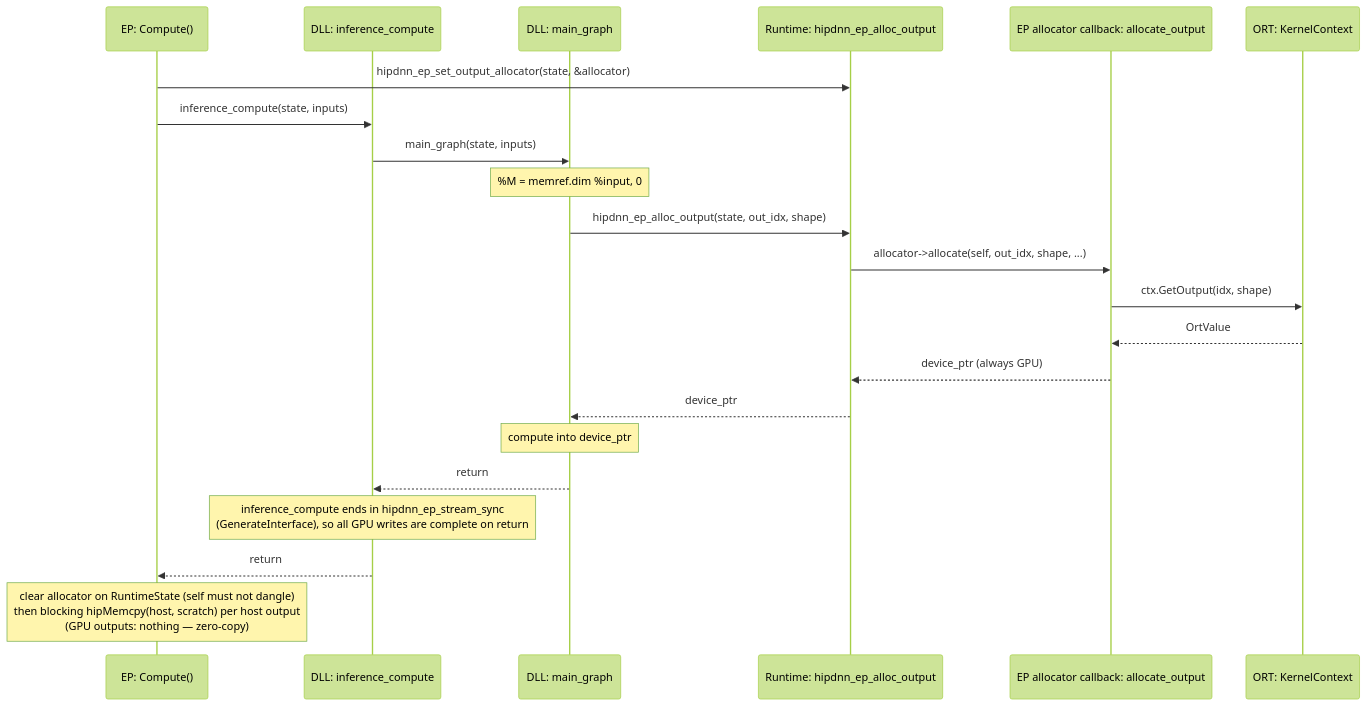
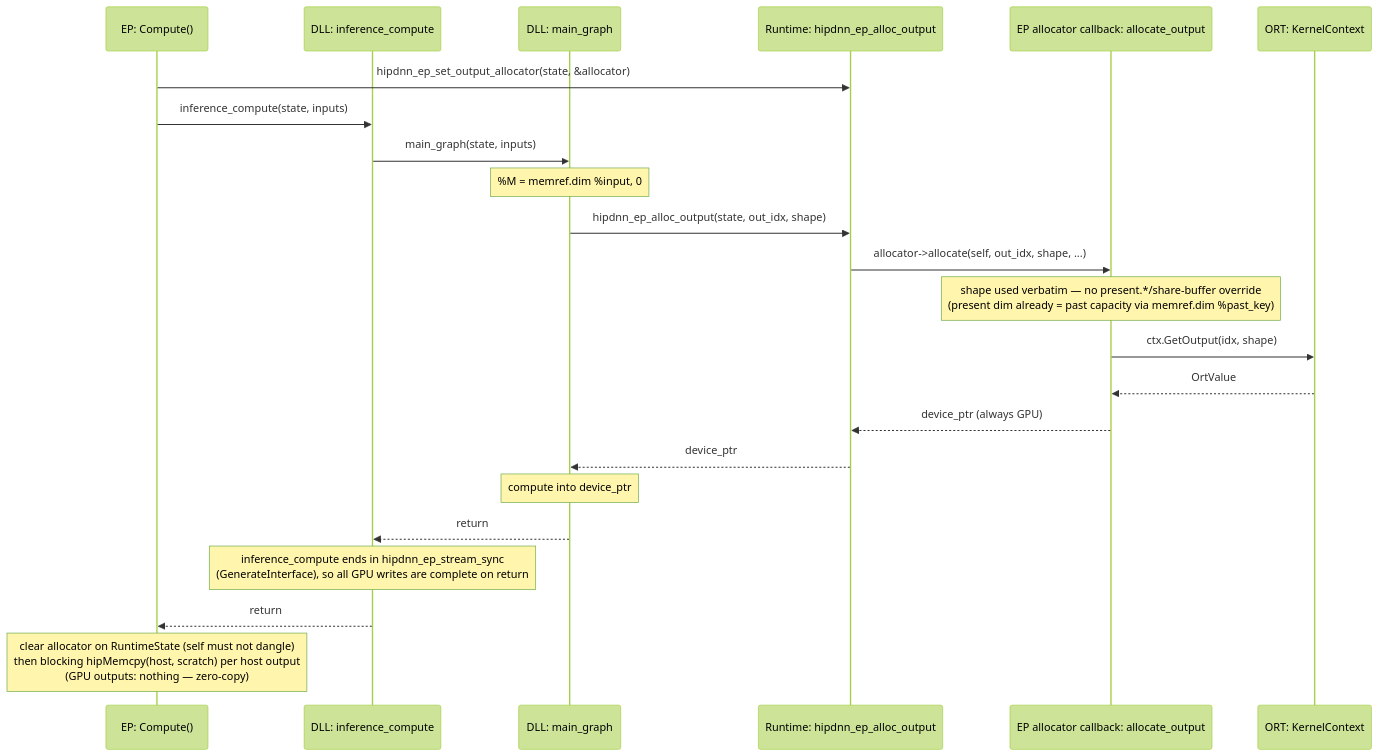
Before and after one commit to ROCm/hip-ep: the second of 2 diagrams in docs/design/output-allocator-design.md, drawn with Mermaid (forest theme). The commit also changed other lines of this file and 5 other files, not shown here.

First line of the commit message:
refactor(ep): drop share-buffer override from output-allocator path

````diff
--- a/docs/design/output-allocator-design.md
+++ b/docs/design/output-allocator-design.md
@@ -281,25 +281,26 @@
 ```mermaid
 sequenceDiagram
     participant EP as EP: Compute()
     participant DLL_IC as DLL: inference_compute
     participant DLL_MG as DLL: main_graph
     participant RT as Runtime: hipdnn_ep_alloc_output
     participant CB as EP allocator callback: allocate_output
     participant ORT as ORT: KernelContext
 
     EP->>RT: hipdnn_ep_set_output_allocator(state, &allocator)
     EP->>DLL_IC: inference_compute(state, inputs)
     DLL_IC->>DLL_MG: main_graph(state, inputs)
     Note over DLL_MG: %M = memref.dim %input, 0
     DLL_MG->>RT: hipdnn_ep_alloc_output(state, out_idx, shape)
     RT->>CB: allocator->allocate(self, out_idx, shape, ...)
+    Note over CB: shape used verbatim — no present.*/share-buffer override<br/>(present dim already = past capacity via memref.dim %past_key)
     CB->>ORT: ctx.GetOutput(idx, shape)
     ORT-->>CB: OrtValue
     CB-->>RT: device_ptr (always GPU)
     RT-->>DLL_MG: device_ptr
     Note over DLL_MG: compute into device_ptr
     DLL_MG-->>DLL_IC: return
     Note over DLL_IC: inference_compute ends in hipdnn_ep_stream_sync<br/>(GenerateInterface), so all GPU writes are complete on return
     DLL_IC-->>EP: return
     Note over EP: clear allocator on RuntimeState (self must not dangle)<br/>then blocking hipMemcpy(host, scratch) per host output<br/>(GPU outputs: nothing — zero-copy)
 ```
````
